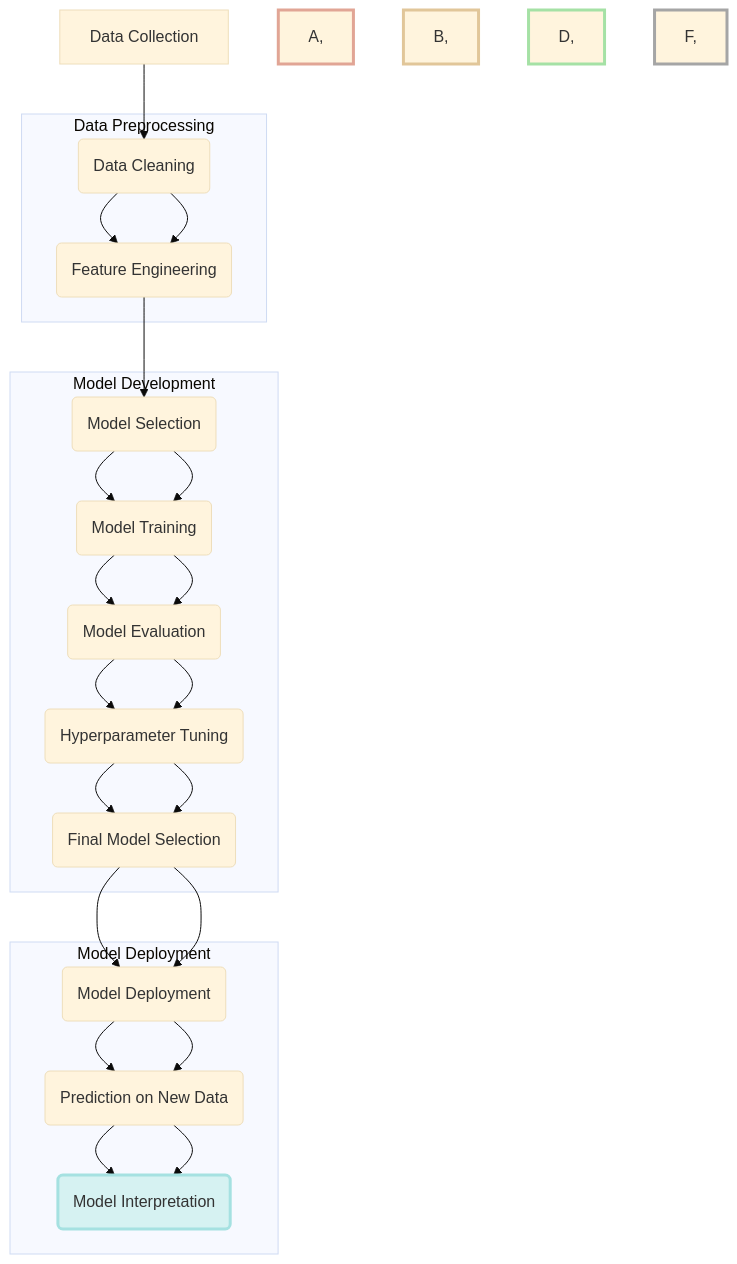
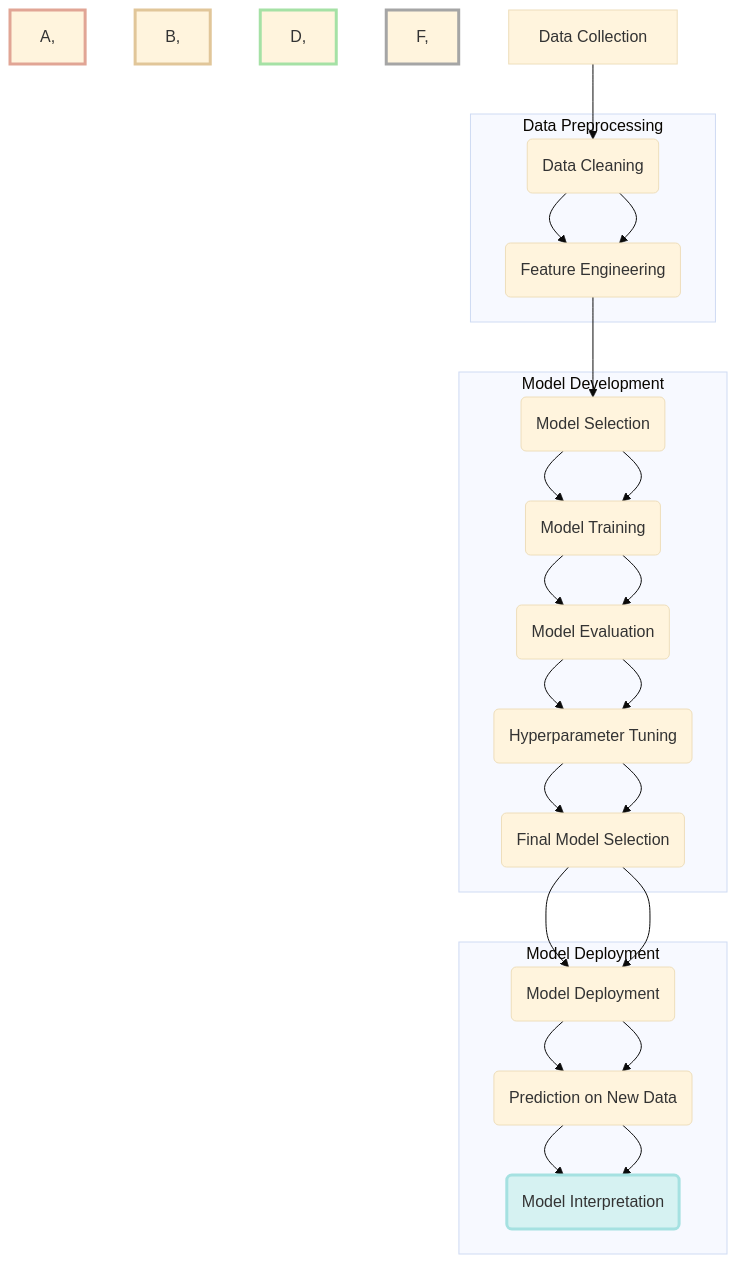
One commit to gigDevelopment10/NanoGrad changed the diagram in README.md. Above: the diagram before and after it, drawn with Mermaid (base theme).

````diff
--- a/README.md
+++ b/README.md
@@ -21,38 +21,41 @@
 ```mermaid
 graph TD
+
+
+style A, J fill:#f2d6c3,stroke:#e1a595,stroke-width:3px;
+style B, C, G fill:#f9eed6,stroke:#e1c699,stroke-width:3px;
+style D, E, H fill:#d6f2c2,stroke:#a5e1a5,stroke-width:3px;
+style F, I fill:#d6d6d6,stroke:#a5a5a5,stroke-width:3px;
+style K fill:#d6f2f2,stroke:#a5e1e1,stroke-width:3px;
+
 A[Data Collection] --> B[Data Cleaning]
 B --> C[Feature Engineering]
 C --> D[Model Selection]
 D --> E[Model Training]
 E --> F[Model Evaluation]
 F --> G[Hyperparameter Tuning]
 G --> H[Final Model Selection]
 H --> I[Model Deployment]
 I --> J[Prediction on New Data]
 J --> K[Model Interpretation]
 
-style A, J fill:#f2d6c3,stroke:#e1a595,stroke-width:3px;
-style B, C, G fill:#f9eed6,stroke:#e1c699,stroke-width:3px;
-style D, E, H fill:#d6f2c2,stroke:#a5e1a5,stroke-width:3px;
-style F, I fill:#d6d6d6,stroke:#a5a5a5,stroke-width:3px;
-style K fill:#d6f2f2,stroke:#a5e1e1,stroke-width:3px;
 
 subgraph Data Preprocessing
 B(Data Cleaning) --> C(Feature Engineering)
 end
 
 subgraph Model Development
 D(Model Selection) --> E(Model Training)
 E --> F(Model Evaluation)
 F --> G(Hyperparameter Tuning)
 G --> H(Final Model Selection)
 end
 
 subgraph Model Deployment
 H --> I(Model Deployment)
 I --> J(Prediction on New Data)
 J --> K(Model Interpretation)
 end
 
 
 ```
````
